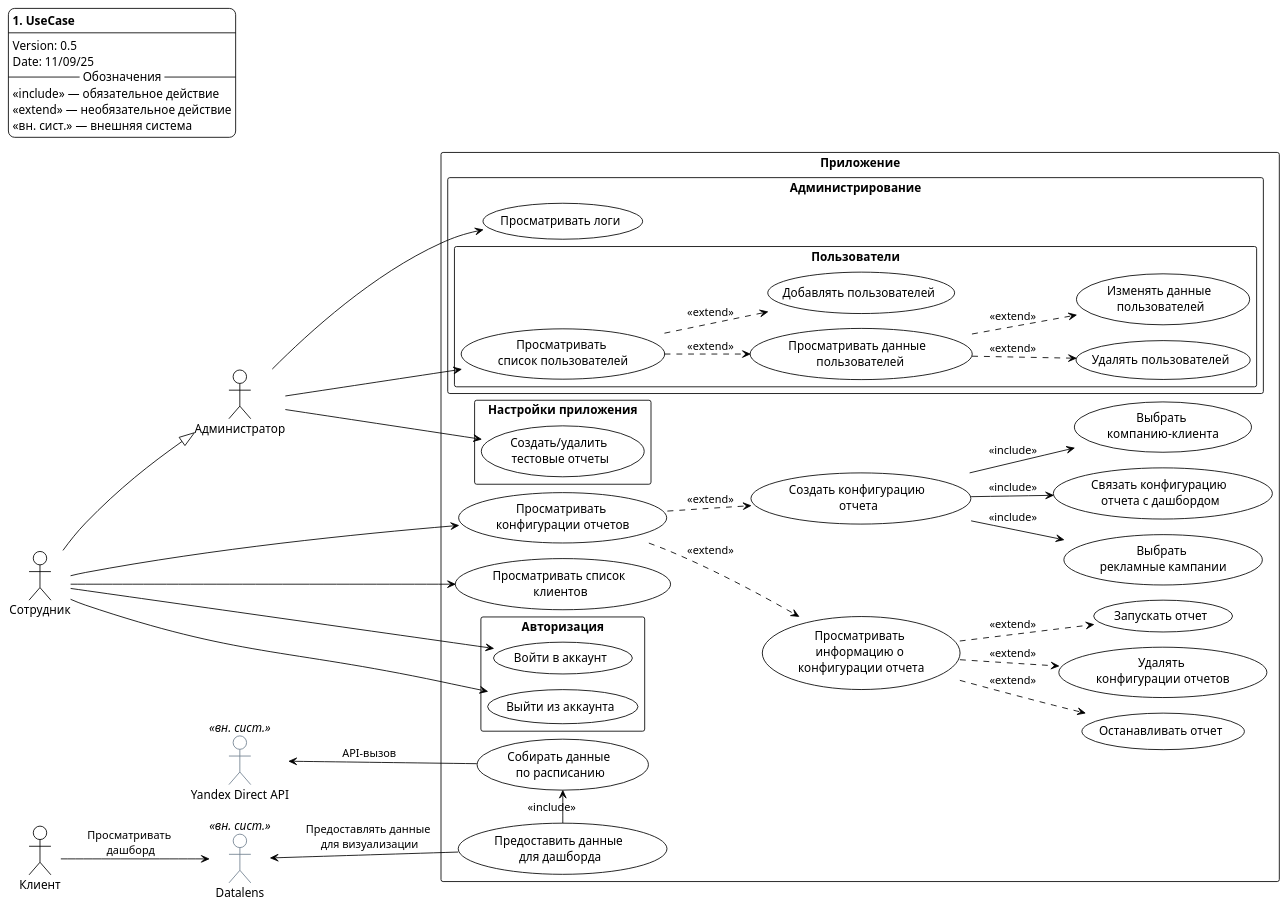
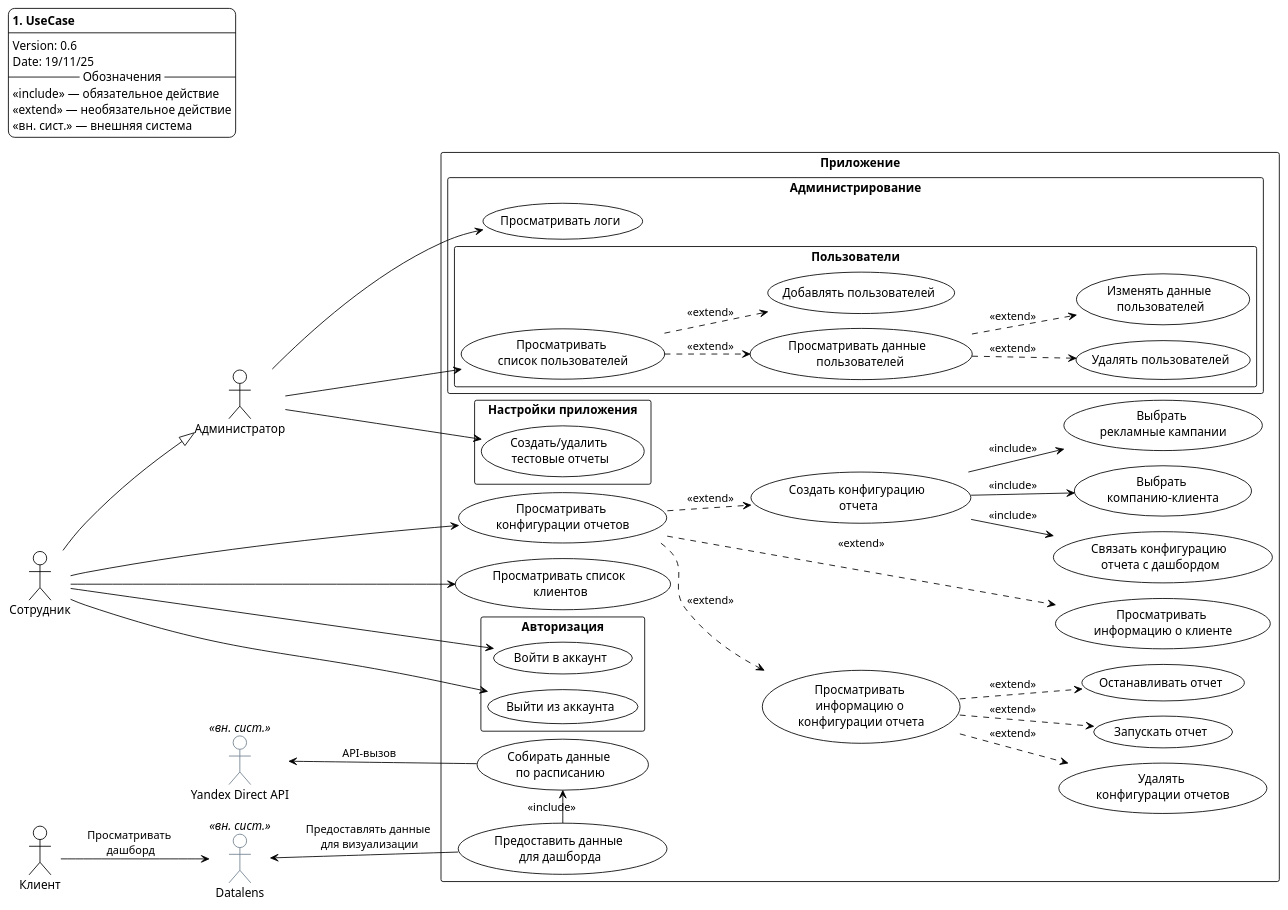
The diagram in documentation/usecase/usecase.puml (Poke0647/ads-yandex-direct-reports-service), drawn with PlantUML before and after one commit. The commit also changed 1 other file, not shown here.

Commit message:
UML work

```diff
--- a/documentation/usecase/usecase.puml
+++ b/documentation/usecase/usecase.puml
@@ -1,105 +1,107 @@
 @startuml UseCase
 
 left to right direction
 !pragma layout smetana
 !theme plain
+'skinparam linetype polyline
 
 legend top left
     <b>1. UseCase</b>
     ----
-    Version: 0.5
-    Date: 11/09/25
+    Version: 0.6
+    Date: 19/11/25
 '    -- Автор --
 '    Pavel Isaenko
     -- Обозначения --
     <<include>> — обязательное действие
     <<extend>> — необязательное действие
     <<вн. сист.>> — внешняя система
 end legend
 
 actor Сотрудник
 actor Администратор
 Сотрудник -right-|> Администратор
 actor Клиент
 actor "Yandex Direct API" as YDAPI <<вн. сист.>> #line:SlateGrey
 actor Datalens  <<вн. сист.>> #line:SlateGrey
 
 rectangle "Приложение" as App {
     usecase "Просматривать \nконфигурации отчетов" as UC1
     usecase "Создать конфигурацию \nотчета" as UC1_1
     usecase "Выбрать \nкомпанию-клиента" as UC1_1_1
     usecase "Выбрать \nрекламные кампании" as UC1_1_2
 '    usecase "Выбрать параметры" as UC1_1_3                         ' Оставлено на будущее
     usecase "Связать конфигурацию \nотчета с дашбордом" as UC1_1_4
     usecase "Просматривать \nинформацию о \nконфигурации отчета" as UC1_2
     usecase "Запускать отчет" as UC1_2_1
     usecase "Останавливать отчет" as UC1_2_2
-    usecase "Удалять \nконфигурации отчетов" as UC1_3
+    usecase "Удалять \nконфигурации отчетов" as UC1_2_3
+    usecase "Просматривать \nинформацию о клиенте" as UC1_3
 
     usecase "Просматривать список \nклиентов" as UC2
 '    rectangle "s" {                                                ' Оставлено на будущее
 '        usecase "Настроить частоту \nсбора данных" as UC4_1        ' Оставлено на будущее
 '        usecase "Протестировать соединение" as UC4_2               ' Оставлено на будущее
 '    }                                                              ' Оставлено на будущее
     usecase "Предоставить данные \nдля дашборда" as UC3
     usecase "Собирать данные \nпо расписанию" as UC4
     rectangle "Администрирование" {
         rectangle "Пользователи" {
                     usecase "Просматривать \nсписок пользователей" as UC5
                     usecase "Просматривать данные \n пользователей" as UC5_1
                     usecase "Удалять пользователей" as UC5_2
                     usecase "Добавлять пользователей" as UC5_3
                     usecase "Изменять данные \nпользователей" as UC5_4
         }
         usecase "Просматривать логи" as UC6
     }
     rectangle "Настройки приложения" {
 '        usecase "Изменить частоту \nсбора данных" as UC7           ' Оставлено на будущее
         usecase "Создать/удалить \nтестовые отчеты" as UC8
     }
     rectangle "Авторизация" {
         usecase "Войти в аккаунт" as UC9
         usecase "Выйти из аккаунта" as UC10
     }
 }
 
 Сотрудник ---> UC1
 Сотрудник --> UC2
 
 UC1 ..> UC1_1 : <<extend>>
 UC1 ..> UC1_2 : <<extend>>
-'UC1 ...> UC1_3 : <<extend>>                                        ' Оставлено на будущее
+UC1 ...> UC1_3 : <<extend>>
 
 UC1_1 --> UC1_1_1 : <<include>>
 UC1_1 --> UC1_1_2 : <<include>>
 'UC1_1 --> UC1_1_3 : <<include>>                                    ' Оставлено на будущее
 UC1_1 --> UC1_1_4 : <<include>>
 
-UC1_2 ..> UC1_3 : <<extend>>
+UC1_2 ..> UC1_2_3 : <<extend>>
 
 UC1_2 ..> UC1_2_1 : <<extend>>
 UC1_2 ..> UC1_2_2 : <<extend>>
 
 Сотрудник --> UC9
 Сотрудник --> UC10
 
 Администратор --> UC5
 UC5 ..> UC5_1 : <<extend>>
 'UC5 ...> UC5_2 : <<extend>>                                        ' Оставлено на будущее
 UC5 ..> UC5_3 : <<extend>>
 UC5_1 ..> UC5_2 : <<extend>>
 UC5_1 ..> UC5_4 : <<extend>>
 
 'Администратор --> UC7                                              ' Оставлено на будущее
 Администратор --> UC8
 Администратор --> UC6
 
 UC3 -up-> Datalens : Предоставлять данные \nдля визуализации
 
 UC4 -up-> YDAPI : API-вызов
 
 UC3 -> UC4 : <<include>>
 
 Клиент --> Datalens : Просматривать \nдашборд
 
 @enduml
```
